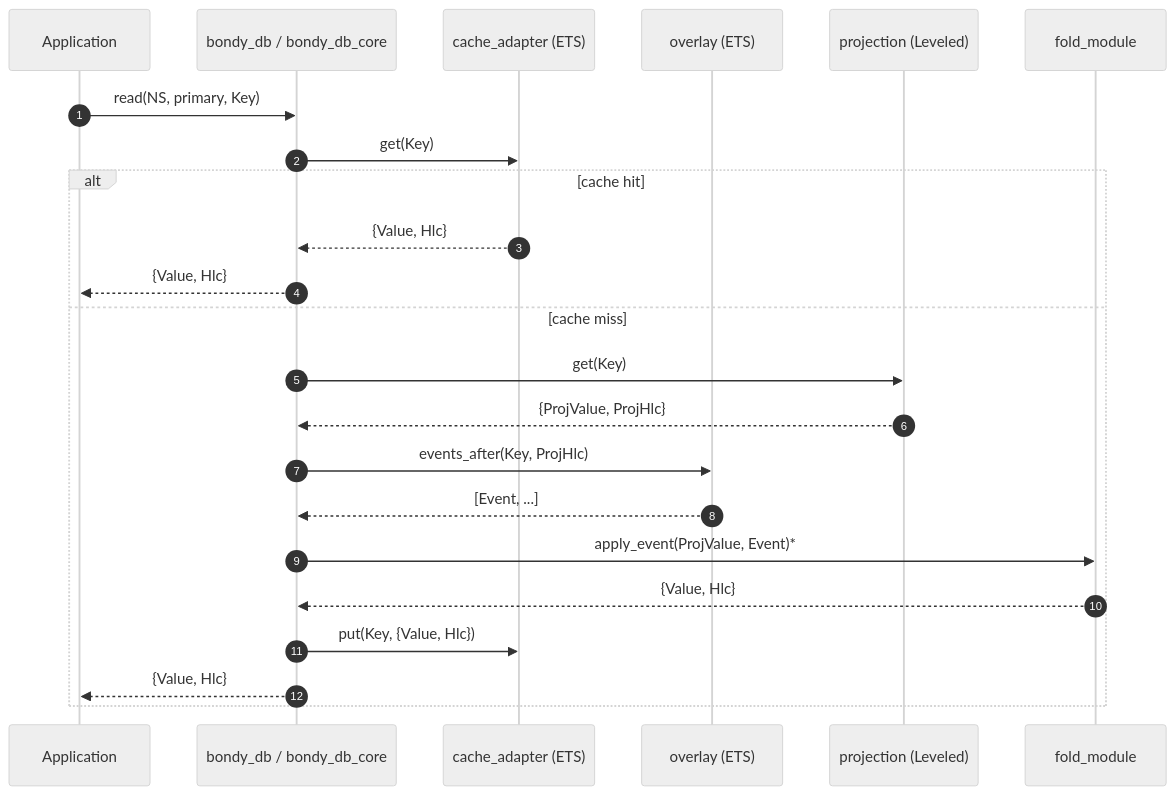
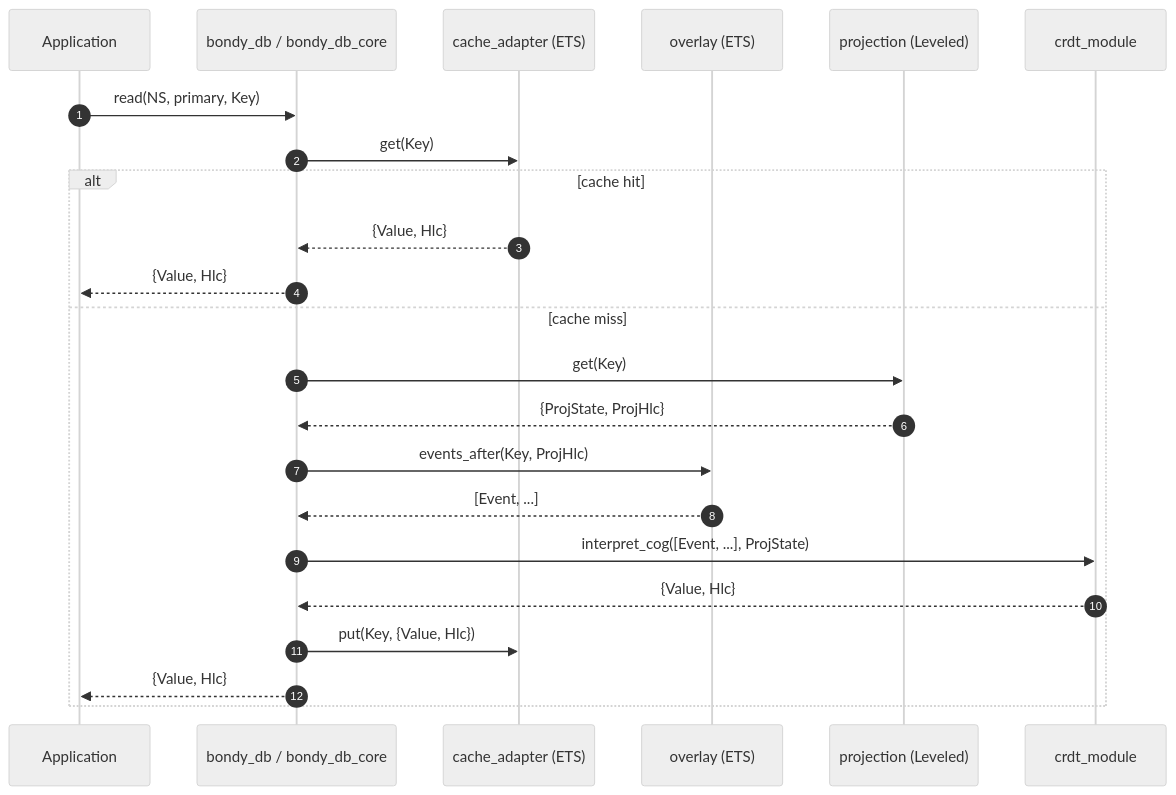
One commit to bondy-io/bondy_mst changed the fourth of 5 diagrams in doc_extras/architecture/00_overview.md. Above: the diagram before and after it, drawn with Mermaid (neutral theme). The commit also changed other lines of this file and 38 other files, not shown here.

Commit message:
add new CRDTs and document new architecture

````diff
--- a/doc_extras/architecture/00_overview.md
+++ b/doc_extras/architecture/00_overview.md
@@ -123,26 +129,26 @@
 ```mermaid
 sequenceDiagram
     autonumber
     participant App as Application
     participant DB as bondy_db / bondy_db_core
     participant CACHE as cache_adapter (ETS)
     participant OV as overlay (ETS)
     participant PROJ as projection (Leveled)
-    participant FOLD as fold_module
+    participant CRDT as crdt_module
 
     App->>DB: read(NS, primary, Key)
     DB->>CACHE: get(Key)
     alt cache hit
         CACHE-->>DB: {Value, Hlc}
         DB-->>App: {Value, Hlc}
     else cache miss
         DB->>PROJ: get(Key)
-        PROJ-->>DB: {ProjValue, ProjHlc}
+        PROJ-->>DB: {ProjState, ProjHlc}
         DB->>OV: events_after(Key, ProjHlc)
         OV-->>DB: [Event, ...]
-        DB->>FOLD: apply_event(ProjValue, Event)*
-        FOLD-->>DB: {Value, Hlc}
+        DB->>CRDT: interpret_cog([Event, ...], ProjState)
+        CRDT-->>DB: {Value, Hlc}
         DB->>CACHE: put(Key, {Value, Hlc})
         DB-->>App: {Value, Hlc}
     end
 ```
````
